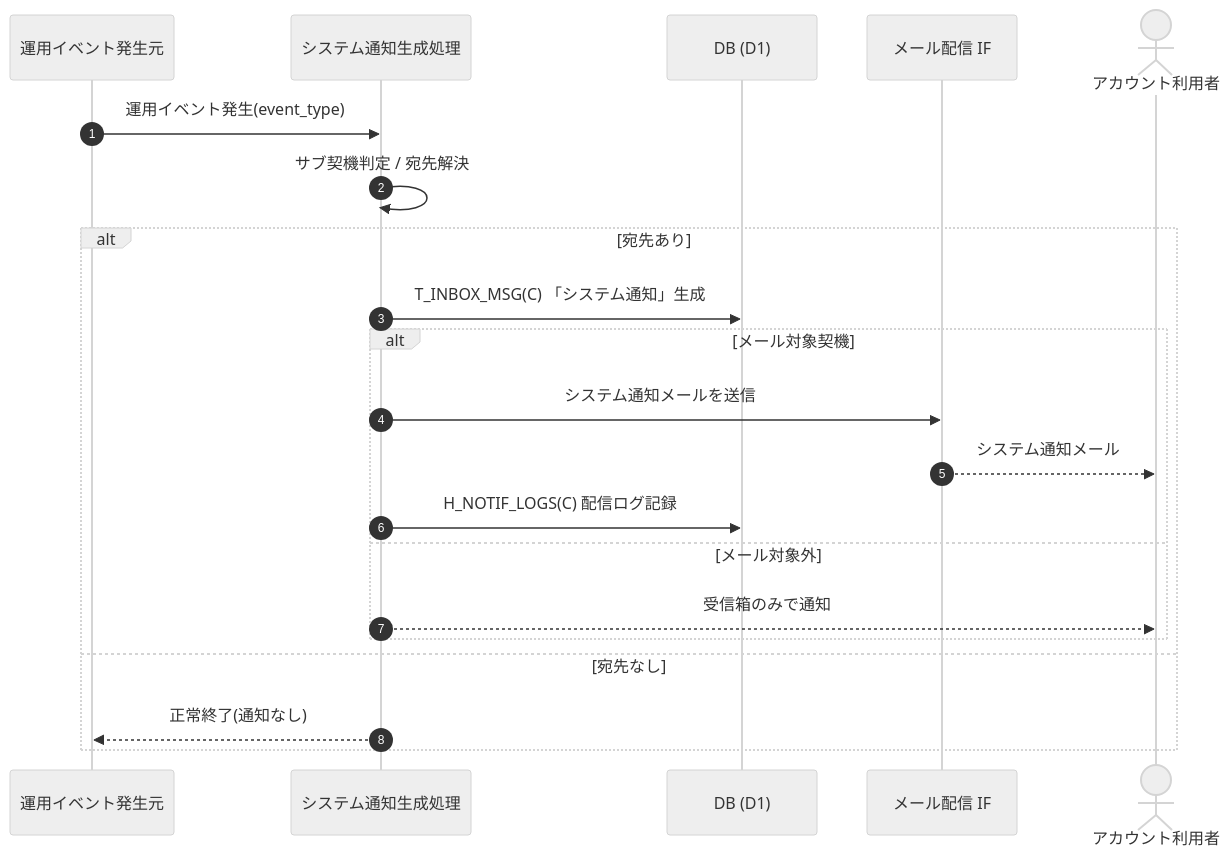
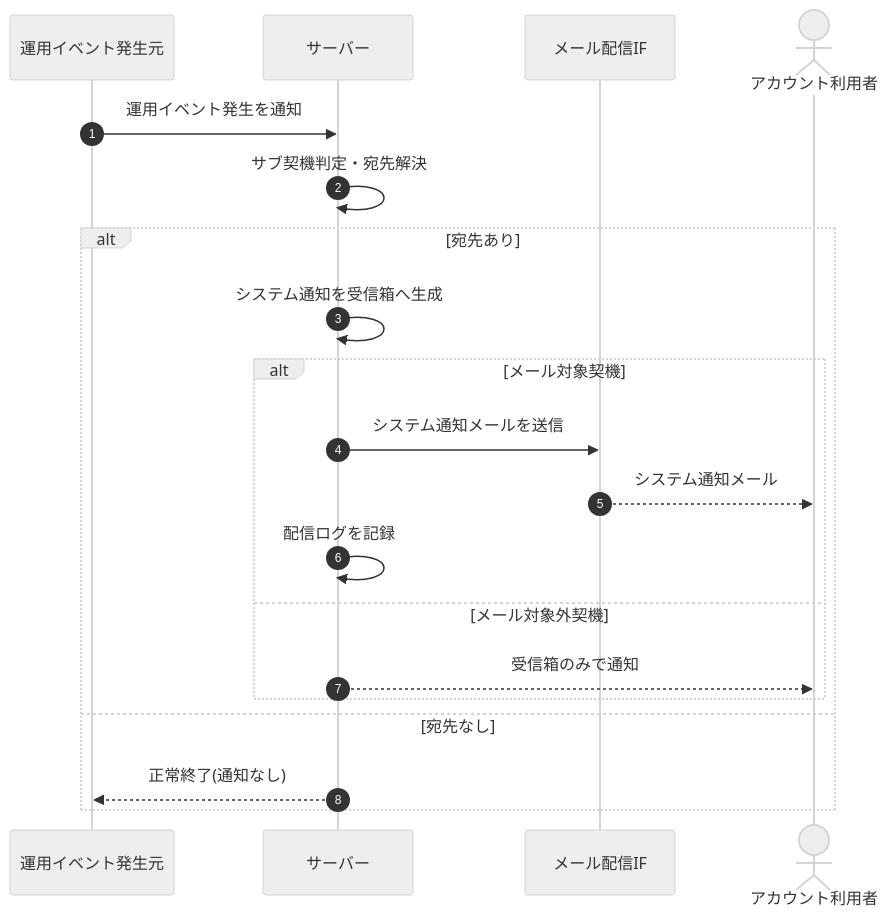
Before and after one commit to sikakou54/open-faq: the diagram in 02_basic_design/05_sequences/SEQ-095.md, drawn with Mermaid (neutral theme). The commit also changed other lines of this file and 108 other files, not shown here.

First line of the commit message:
基本設計: シーケンス図を基本設計粒度(ユーザー/画面/サーバー)へ再編成

````diff
--- a/02_basic_design/05_sequences/SEQ-095.md
+++ b/02_basic_design/05_sequences/SEQ-095.md
@@ -25,23 +32,22 @@
 ```mermaid
 sequenceDiagram
   autonumber
   participant E as 運用イベント発生元
-  participant G as システム通知生成処理
-  participant DB as DB (D1)
-  participant MAIL as メール配信 IF
+  participant Server as サーバー
+  participant MAIL as メール配信IF
   actor U as アカウント利用者
-  E->>G: 運用イベント発生(event_type)
-  G->>G: サブ契機判定 / 宛先解決
+  E->>Server: 運用イベント発生を通知
+  Server->>Server: サブ契機判定・宛先解決
   alt 宛先あり
-    G->>DB: T_INBOX_MSG(C) 「システム通知」生成
+    Server->>Server: システム通知を受信箱へ生成
     alt メール対象契機
-      G->>MAIL: システム通知メールを送信
+      Server->>MAIL: システム通知メールを送信
       MAIL-->>U: システム通知メール
-      G->>DB: H_NOTIF_LOGS(C) 配信ログ記録
-    else メール対象外
-      G-->>U: 受信箱のみで通知
+      Server->>Server: 配信ログを記録
+    else メール対象外契機
+      Server-->>U: 受信箱のみで通知
     end
   else 宛先なし
-    G-->>E: 正常終了(通知なし)
+    Server-->>E: 正常終了(通知なし)
   end
 ```
````
